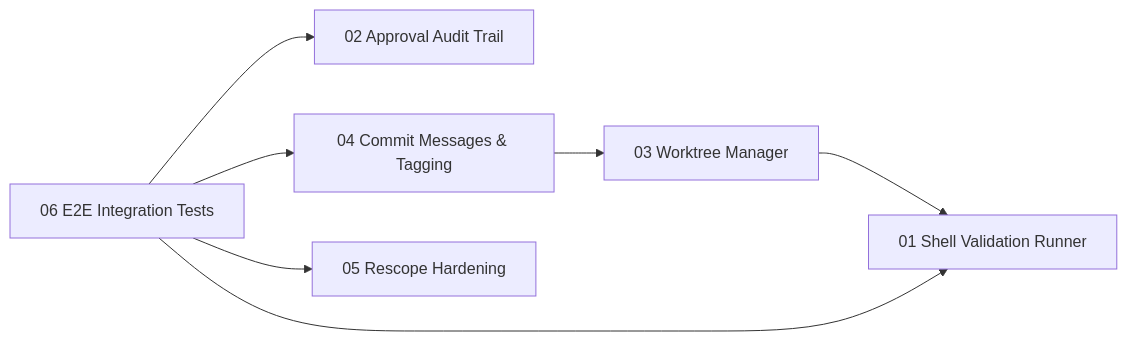
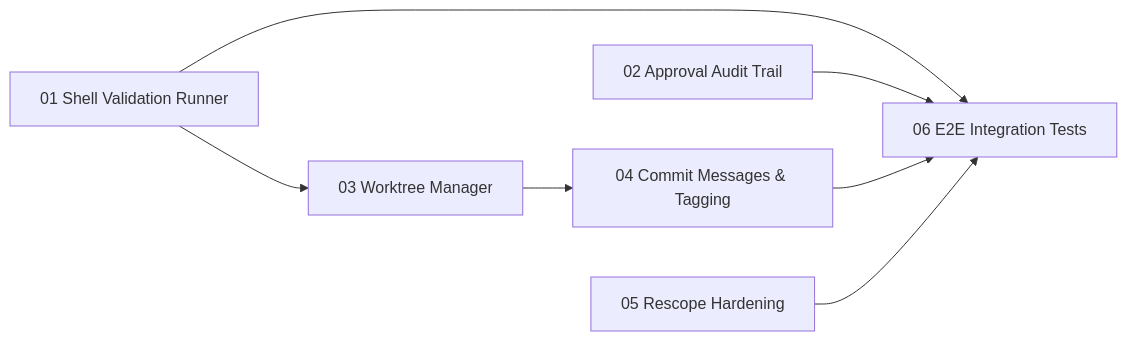
Before and after one commit to Duccci/Zenos-Planner: the diagram in zeno/gates/gate-08-mvp-hardening.md, drawn with Mermaid. The commit also changed other lines of this file and 4 other files, not shown here.

Commit message:
feat: update requirement schemas and documentation for clarity and accuracy

````diff
--- a/zeno/gates/gate-08-mvp-hardening.md
+++ b/zeno/gates/gate-08-mvp-hardening.md
@@ -173,12 +178,15 @@
 ```mermaid
 graph LR
-    P1["01 Shell Validation Runner"]
-    P2["02 Approval Audit Trail"]
-    P3["03 Worktree Manager"] --> P1
-    P4["04 Commit Messages & Tagging"] --> P3
-    P5["05 Rescope Hardening"]
-    P6["06 E2E Integration Tests"] --> P1
-    P6 --> P2
-    P6 --> P4
-    P6 --> P5
+    shellValidationRunner["01 Shell Validation Runner"]
+    approvalAuditTrail["02 Approval Audit Trail"]
+    worktreeManager["03 Worktree Manager"]
+    commitMessagesTagging["04 Commit Messages & Tagging"]
+    rescopeHardening["05 Rescope Hardening"]
+    e2eIntegrationTests["06 E2E Integration Tests"]
+    shellValidationRunner --> worktreeManager
+    worktreeManager --> commitMessagesTagging
+    shellValidationRunner --> e2eIntegrationTests
+    approvalAuditTrail --> e2eIntegrationTests
+    commitMessagesTagging --> e2eIntegrationTests
+    rescopeHardening --> e2eIntegrationTests
 ```
````
